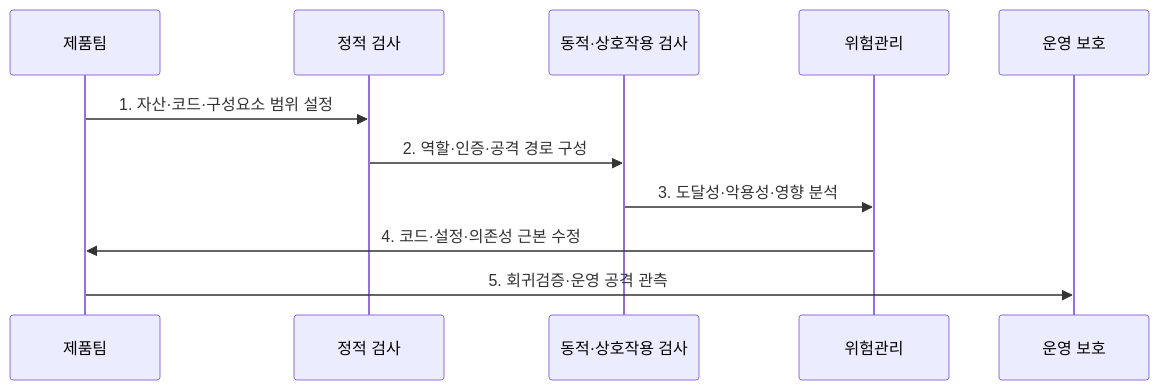
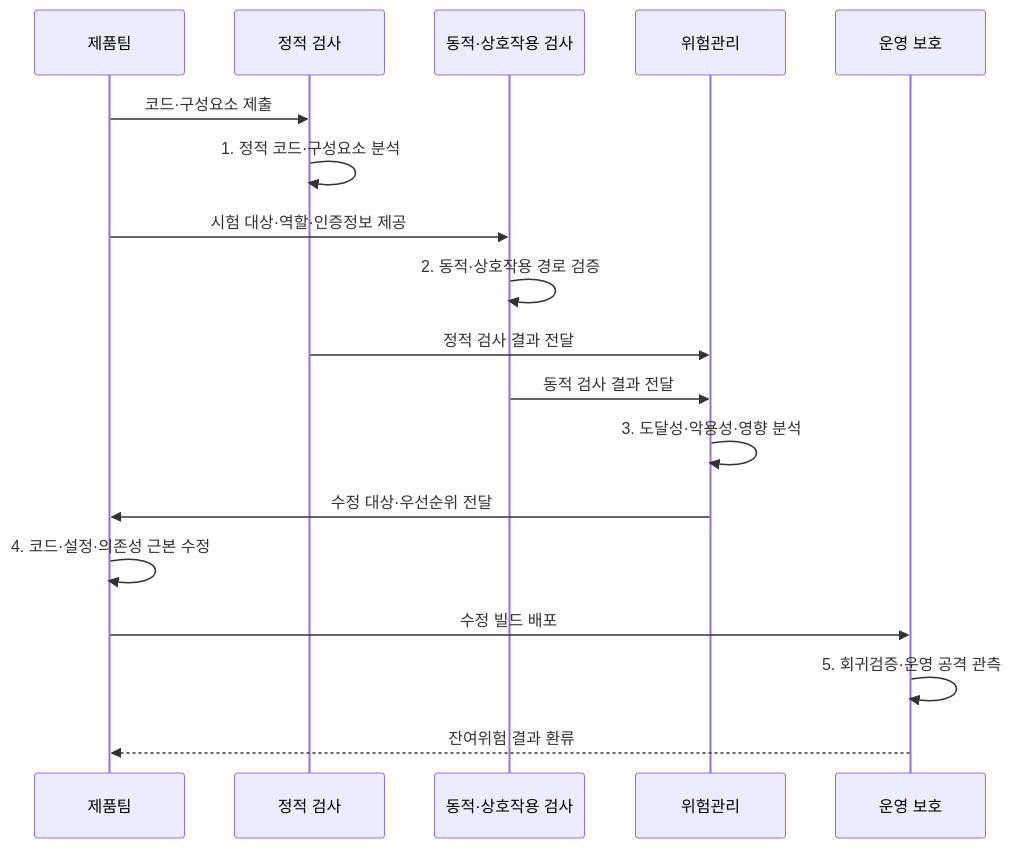
One commit to agnusdei1207/knowledge-base changed the second of 2 diagrams in src/content/docs/notes/05-security/145_sast_dast_iast_rasp.md. Above: the diagram before and after it, drawn with Mermaid. The commit also changed other lines of this file and 7 other files, not shown here.

````diff
--- a/src/content/docs/notes/05-security/145_sast_dast_iast_rasp.md
+++ b/src/content/docs/notes/05-security/145_sast_dast_iast_rasp.md
@@ -81,13 +81,20 @@
 ```mermaid
 sequenceDiagram
   participant T as 제품팀
   participant S as 정적 검사
   participant D as 동적·상호작용 검사
   participant R as 위험관리
   participant O as 운영 보호
-  T->>S: 1. 자산·코드·구성요소 범위 설정
-  S->>D: 2. 역할·인증·공격 경로 구성
-  D->>R: 3. 도달성·악용성·영향 분석
-  R->>T: 4. 코드·설정·의존성 근본 수정
-  T->>O: 5. 회귀검증·운영 공격 관측
+  T->>S: 코드·구성요소 제출
+  S->>S: 1. 정적 코드·구성요소 분석
+  T->>D: 시험 대상·역할·인증정보 제공
+  D->>D: 2. 동적·상호작용 경로 검증
+  S->>R: 정적 검사 결과 전달
+  D->>R: 동적 검사 결과 전달
+  R->>R: 3. 도달성·악용성·영향 분석
+  R->>T: 수정 대상·우선순위 전달
+  T->>T: 4. 코드·설정·의존성 근본 수정
+  T->>O: 수정 빌드 배포
+  O->>O: 5. 회귀검증·운영 공격 관측
+  O-->>T: 잔여위험 결과 환류
 ```
````
